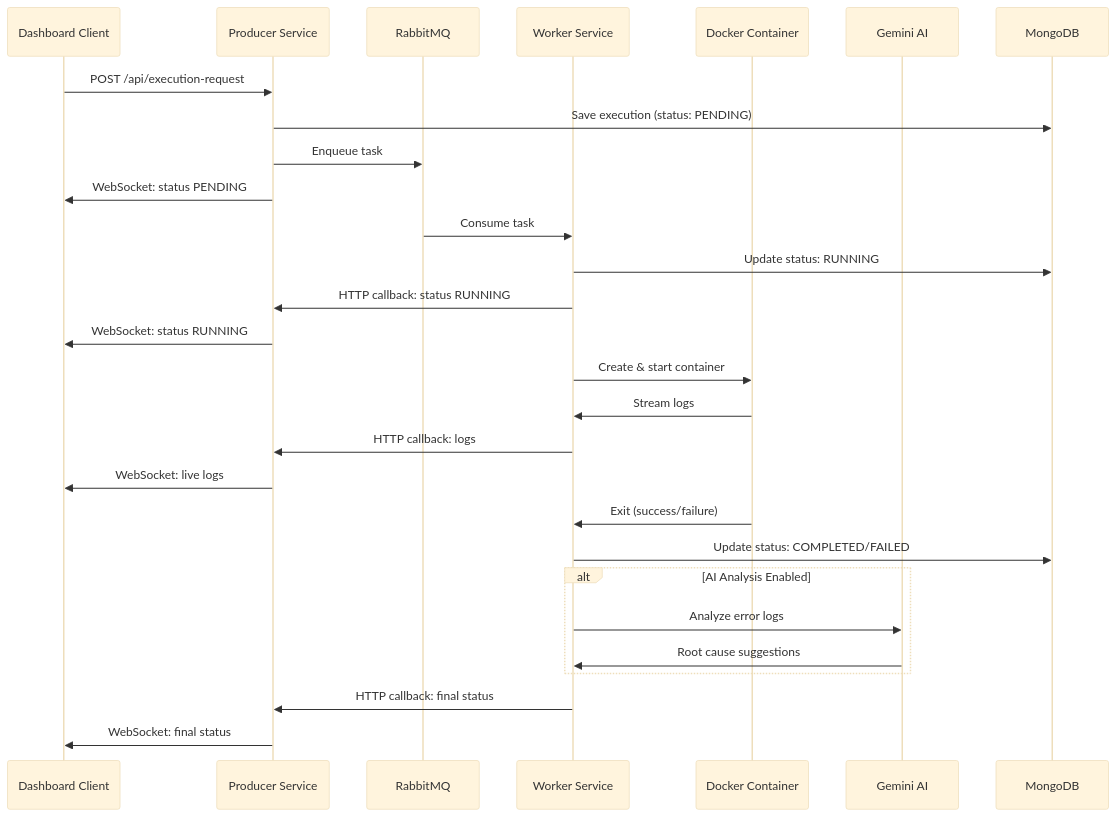
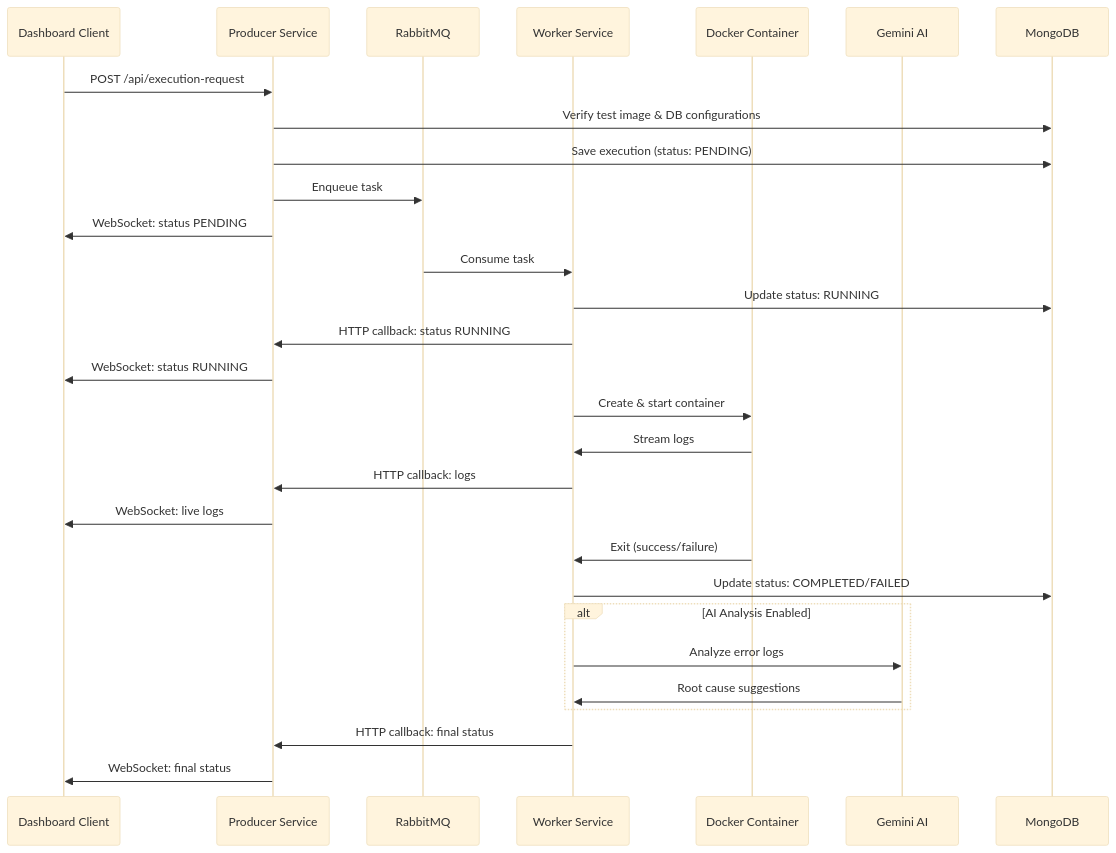
The second of 4 diagrams in docs/architecture/overview.md (keinar/Agnox), drawn with Mermaid (base theme) before and after one commit. The commit also changed other lines of this file and 47 other files, not shown here.

````diff
--- a/docs/architecture/overview.md
+++ b/docs/architecture/overview.md
@@ -219,35 +220,36 @@
 ```mermaid
 sequenceDiagram
     participant UI as Dashboard Client
     participant API as Producer Service
     participant MQ as RabbitMQ
     participant Worker as Worker Service
     participant Docker as Docker Container
     participant AI as Gemini AI
 
     UI->>API: POST /api/execution-request
+    API->>MongoDB: Verify test image & DB configurations
     API->>MongoDB: Save execution (status: PENDING)
     API->>MQ: Enqueue task
     API->>UI: WebSocket: status PENDING
 
     MQ->>Worker: Consume task
     Worker->>MongoDB: Update status: RUNNING
     Worker->>API: HTTP callback: status RUNNING
     API->>UI: WebSocket: status RUNNING
 
     Worker->>Docker: Create & start container
     Docker->>Worker: Stream logs
     Worker->>API: HTTP callback: logs
     API->>UI: WebSocket: live logs
 
     Docker->>Worker: Exit (success/failure)
     Worker->>MongoDB: Update status: COMPLETED/FAILED
 
     alt AI Analysis Enabled
         Worker->>AI: Analyze error logs
         AI->>Worker: Root cause suggestions
     end
 
     Worker->>API: HTTP callback: final status
     API->>UI: WebSocket: final status
 ```
````
